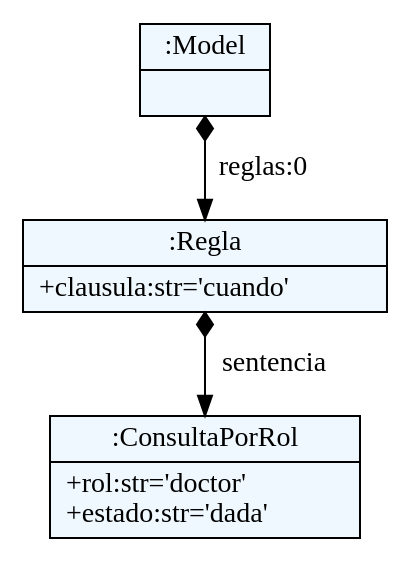
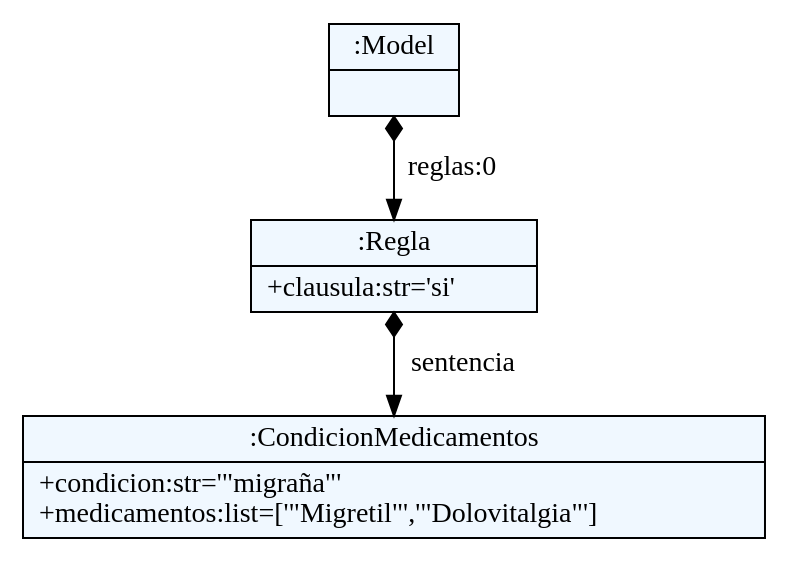
One commit to Patrick-beep-ui/KURE changed the diagram in dsl/ast.dot. Above: the diagram before and after it, drawn with Graphviz. The commit also changed 4 other files, not shown here.

Commit message:
Validation for CondicionMedicamentos rule

```diff
--- a/dsl/ast.dot
+++ b/dsl/ast.dot
@@ -1,20 +1,20 @@
 
     digraph textX {
     fontname = "Bitstream Vera Sans"
     fontsize = 8
     node[
         shape=record,
         style=filled,
         fillcolor=aliceblue
     ]
     nodesep = 0.3
     edge[dir=black,arrowtail=empty]
 
 
-2706874030784 -> 2706874030880 [label="reglas:0" arrowtail=diamond dir=both]
-2706874030880 -> 2706874031024 [label="sentencia" arrowtail=diamond dir=both]
-2706874031024[label="{:ConsultaPorRol|+rol:str='doctor'\l+estado:str='dada'\l}"]
-2706874030880[label="{:Regla|+clausula:str='cuando'\l}"]
-2706874030784[label="{:Model|}"]
+1848575253280 -> 1848575253424 [label="reglas:0" arrowtail=diamond dir=both]
+1848575253424 -> 1848575253568 [label="sentencia" arrowtail=diamond dir=both]
+1848575253568[label="{:CondicionMedicamentos|+condicion:str='\"migraña\"'\l+medicamentos:list=['\"Migretil\"','\"Dolovitalgia\"']\l}"]
+1848575253424[label="{:Regla|+clausula:str='si'\l}"]
+1848575253280[label="{:Model|}"]
 
 }
```
